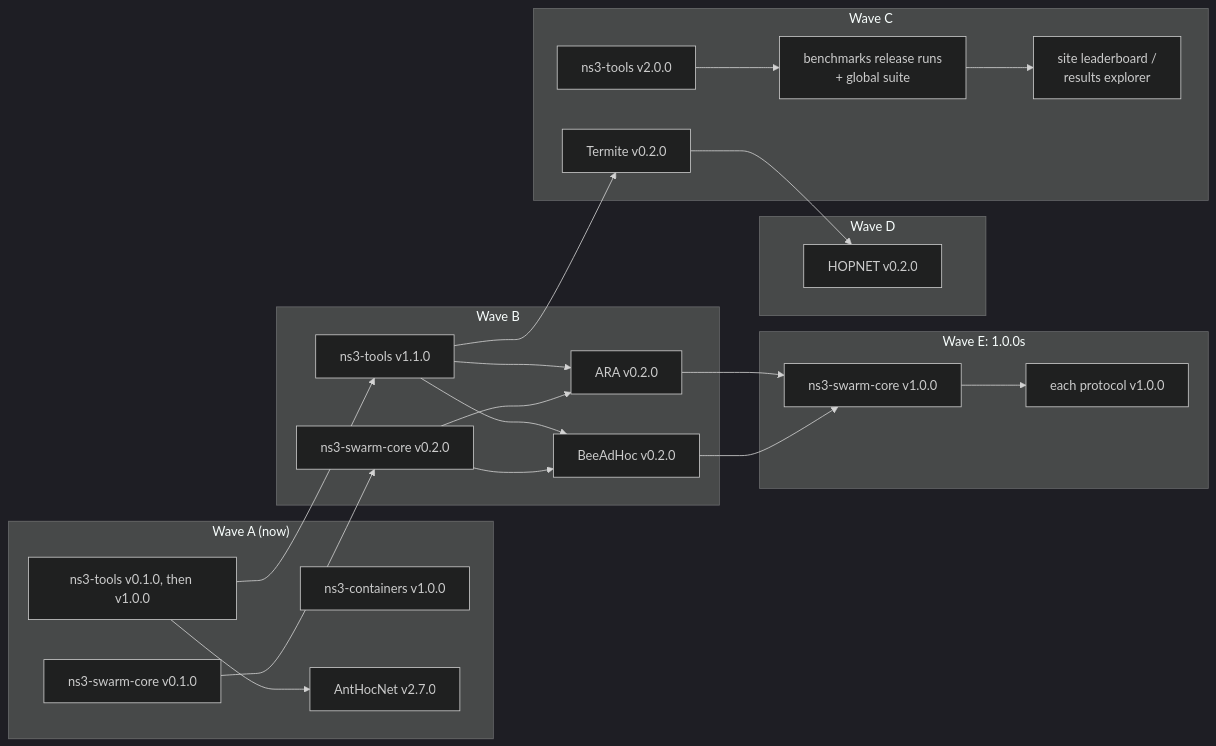
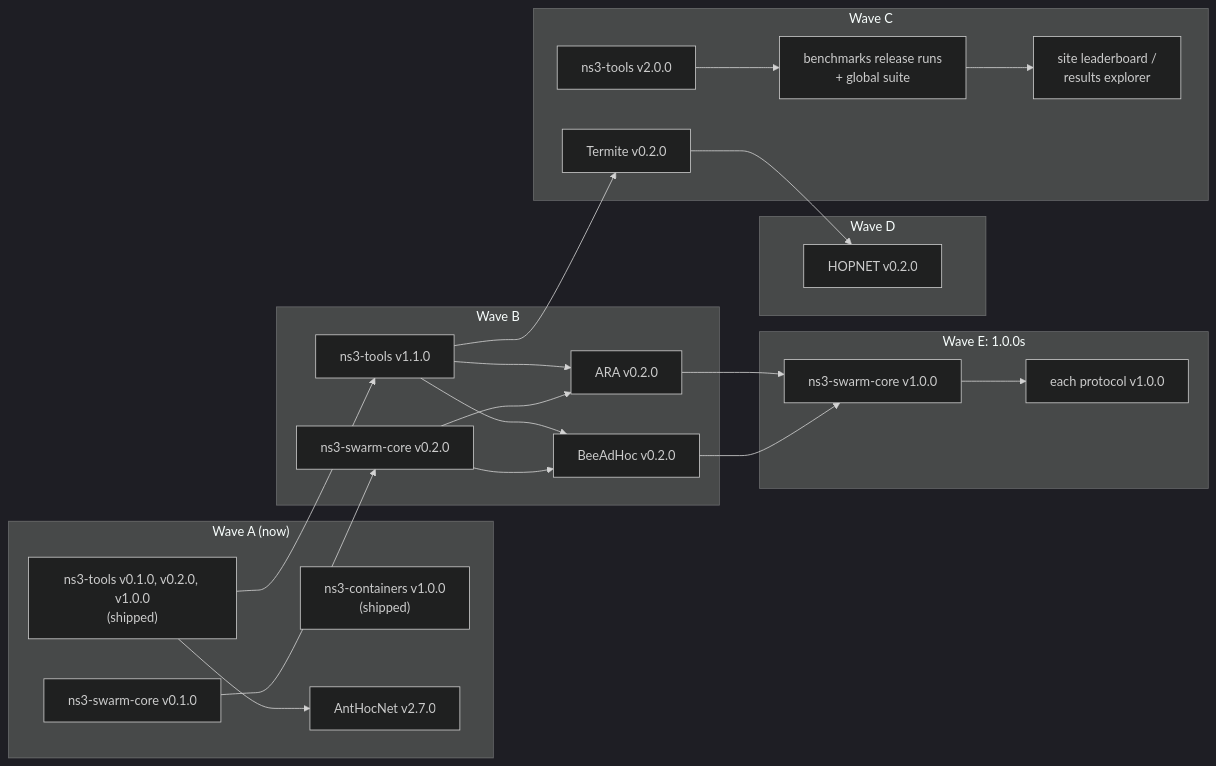
One commit to swarm-routing/.github changed the second of 2 diagrams in ROADMAP.md. Above: the diagram before and after it, drawn with Mermaid (dark theme). The commit also changed other lines of this file, not shown here.

First line of the commit message:
docs(roadmap): ns3-tools v0.2.0 and v1.0.0 and ns3-containers v1.0.0 shipped (#398)

````diff
--- a/ROADMAP.md
+++ b/ROADMAP.md
@@ -226,42 +226,42 @@
 ```mermaid
 flowchart LR
   subgraph A["Wave A (now)"]
-    T1["ns3-tools v0.1.0, then v1.0.0"]
-    NC["ns3-containers v1.0.0"]
+    T1["ns3-tools v0.1.0, v0.2.0, v1.0.0<br/>(shipped)"]
+    NC["ns3-containers v1.0.0<br/>(shipped)"]
     C1["ns3-swarm-core v0.1.0"]
     AH["AntHocNet v2.7.0"]
   end
   subgraph B["Wave B"]
     T2["ns3-tools v1.1.0"]
     C2["ns3-swarm-core v0.2.0"]
     ARA2["ARA v0.2.0"]
     BEE2["BeeAdHoc v0.2.0"]
   end
   subgraph C["Wave C"]
     TER2["Termite v0.2.0"]
     T3["ns3-tools v2.0.0"]
     BM["benchmarks release runs<br/>+ global suite"]
     SITE["site leaderboard /<br/>results explorer"]
   end
   subgraph D["Wave D"]
     HOP2["HOPNET v0.2.0"]
   end
   subgraph E["Wave E: 1.0.0s"]
     C10["ns3-swarm-core v1.0.0"]
     P10["each protocol v1.0.0"]
   end
   T1 --> AH
   T1 --> T2
   C1 --> C2
   T2 --> ARA2
   C2 --> ARA2
   T2 --> BEE2
   C2 --> BEE2
   T2 --> TER2
   T3 --> BM
   BM --> SITE
   TER2 --> HOP2
   ARA2 --> C10
   BEE2 --> C10
   C10 --> P10
 ```
````
